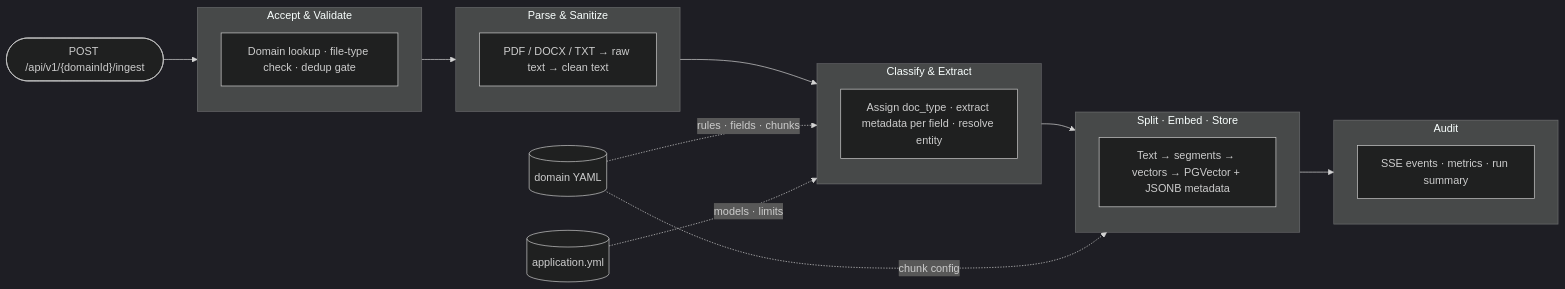
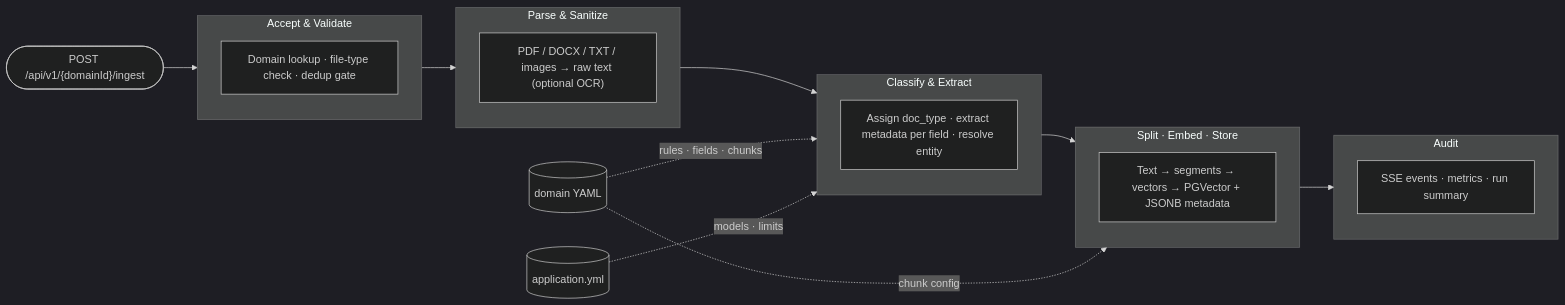
The third of 5 diagrams in technical-design.md (josalero/generic-rag-poc), drawn with Mermaid (dark theme) before and after one commit. The commit also changed other lines of this file and 2 other files, not shown here.

````diff
--- a/technical-design.md
+++ b/technical-design.md
@@ -387,30 +390,30 @@
 ```mermaid
 flowchart LR
     API(["POST /api/v1/{domainId}/ingest"]) --> ACCEPT
 
     subgraph ACCEPT["Accept & Validate"]
         A1["Domain lookup · file-type check · dedup gate"]
     end
 
     subgraph PARSE["Parse & Sanitize"]
-        B1["PDF / DOCX / TXT → raw text → clean text"]
+        B1["PDF / DOCX / TXT / images → raw text (optional OCR)"]
     end
 
     subgraph ENRICH["Classify & Extract"]
         C1["Assign doc_type · extract metadata per field · resolve entity"]
     end
 
     subgraph STORE["Split · Embed · Store"]
         D1["Text → segments → vectors → PGVector + JSONB metadata"]
     end
 
     subgraph AUDIT["Audit"]
         E1["SSE events · metrics · run summary"]
     end
 
     ACCEPT --> PARSE --> ENRICH --> STORE --> AUDIT
 
     YAML[("domain YAML")] -.->|rules · fields · chunks| ENRICH
     YAML -.->|chunk config| STORE
     APP[("application.yml")] -.->|models · limits| ENRICH
 ```
````
